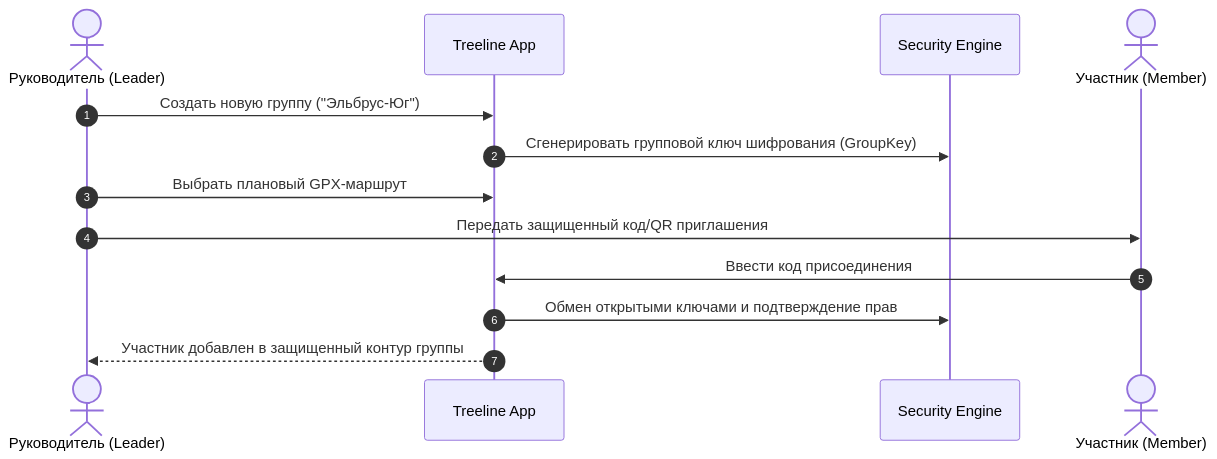
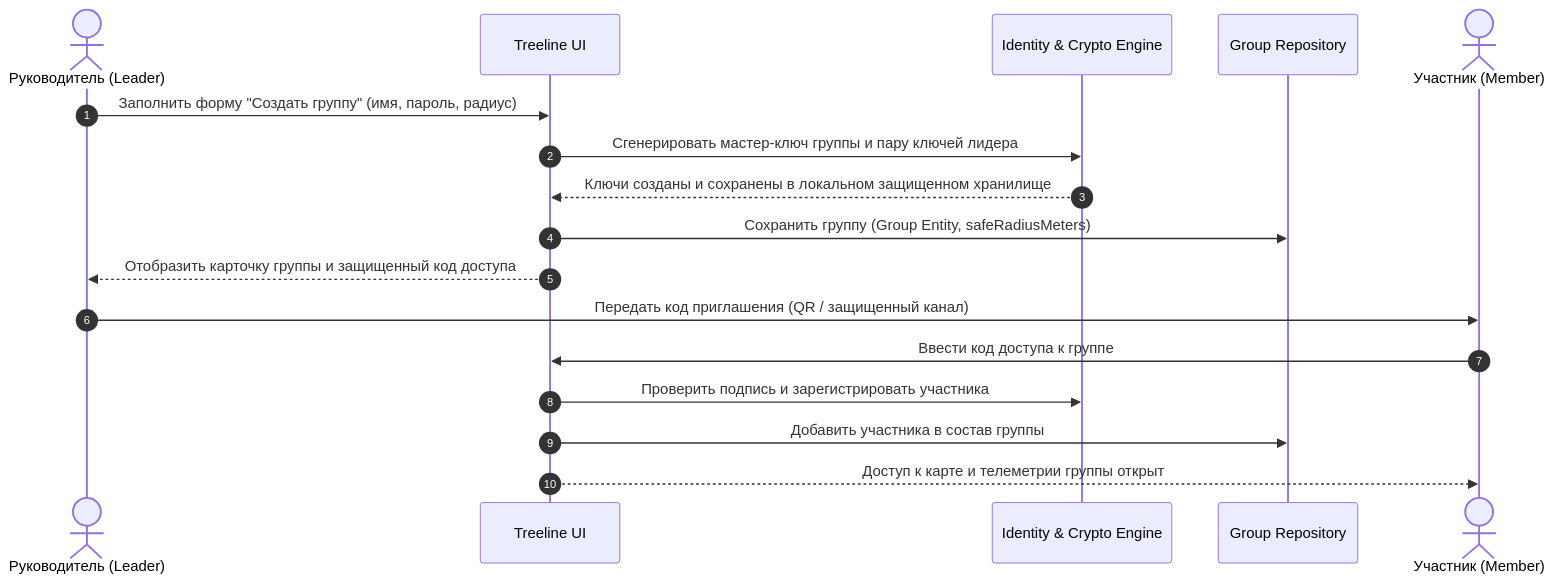
Before and after one commit to asakue/Treeline-Tracker: the second of 6 diagrams in docs/01-product/use-cases.md, drawn with Mermaid. The commit also changed other lines of this file and 6 other files, not shown here.

First line of the commit message:
docs: update architecture, use cases, and app info

````diff
--- a/docs/01-product/use-cases.md
+++ b/docs/01-product/use-cases.md
@@ -10,16 +52,20 @@
 ```mermaid
 sequenceDiagram
     autonumber
     actor L as Руководитель (Leader)
-    participant App as Treeline App
-    participant Sec as Security Engine
+    participant UI as Treeline UI
+    participant Sec as Identity & Crypto Engine
+    participant Repo as Group Repository
     actor M as Участник (Member)
 
-    L->>App: Создать новую группу ("Эльбрус-Юг")
-    App->>Sec: Сгенерировать групповой ключ шифрования (GroupKey)
-    L->>App: Выбрать плановый GPX-маршрут
-    L->>M: Передать защищенный код/QR приглашения
-    M->>App: Ввести код присоединения
-    App->>Sec: Обмен открытыми ключами и подтверждение прав
-    App-->>L: Участник добавлен в защищенный контур группы
+    L->>UI: Заполнить форму "Создать группу" (имя, пароль, радиус)
+    UI->>Sec: Сгенерировать мастер-ключ группы и пару ключей лидера
+    Sec-->>UI: Ключи созданы и сохранены в локальном защищенном хранилище
+    UI->>Repo: Сохранить группу (Group Entity, safeRadiusMeters)
+    UI-->>L: Отобразить карточку группы и защищенный код доступа
+    L->>M: Передать код приглашения (QR / защищенный канал)
+    M->>UI: Ввести код доступа к группе
+    UI->>Sec: Проверить подпись и зарегистрировать участника
+    UI->>Repo: Добавить участника в состав группы
+    UI-->>M: Доступ к карте и телеметрии группы открыт
 ```
````
